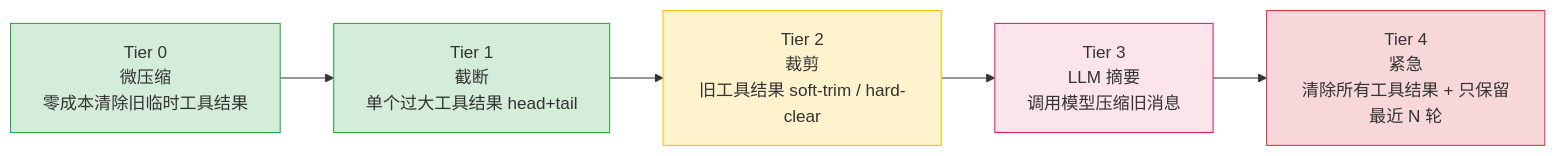
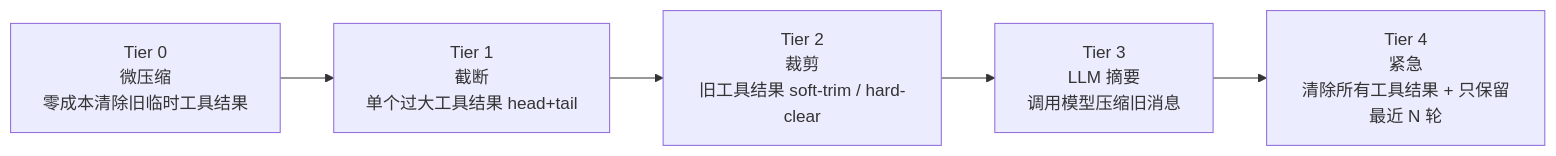
One commit to shiwenwen/hope-agent changed the eighth of 11 diagrams in docs/architecture/tool-system.md. Above: the diagram before and after it, drawn with Mermaid. The commit also changed other lines of this file and 13 other files, not shown here.

First line of the commit message:
docs: 移除 mermaid 图表中的自定义背景色填充

````diff
--- a/docs/architecture/tool-system.md
+++ b/docs/architecture/tool-system.md
@@ -598,13 +585,8 @@
 ```mermaid
 flowchart LR
     T0["Tier 0<br/>微压缩<br/>零成本清除旧临时工具结果"] --> T1["Tier 1<br/>截断<br/>单个过大工具结果 head+tail"]
     T1 --> T2["Tier 2<br/>裁剪<br/>旧工具结果 soft-trim / hard-clear"]
     T2 --> T3["Tier 3<br/>LLM 摘要<br/>调用模型压缩旧消息"]
     T3 --> T4["Tier 4<br/>紧急<br/>清除所有工具结果 + 只保留最近 N 轮"]
 
-    style T0 fill:#d4edda,stroke:#28a745
-    style T1 fill:#d4edda,stroke:#28a745
-    style T2 fill:#fff3cd,stroke:#ffc107
-    style T3 fill:#fce4ec,stroke:#e91e63
-    style T4 fill:#f8d7da,stroke:#dc3545
 ```
````
